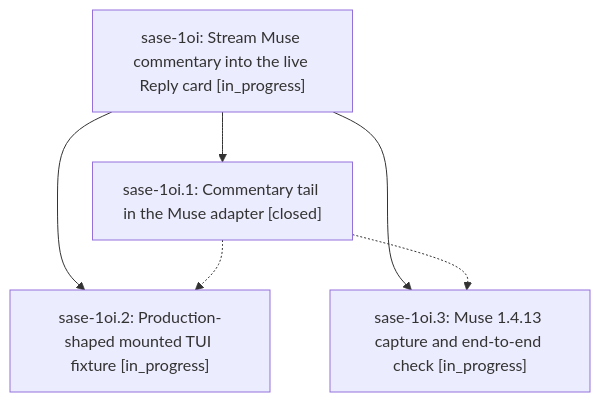
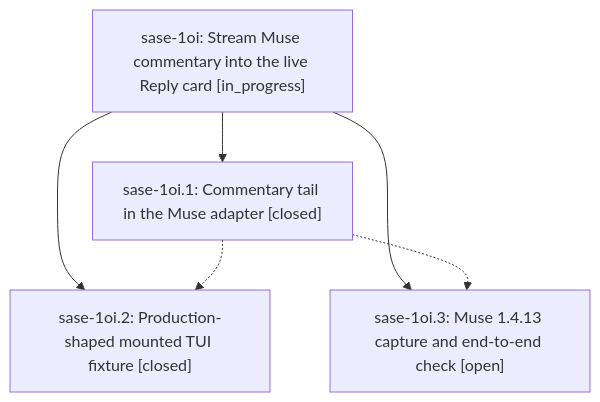
The diagram in pages/sase-1oi/README.md (sase-org/sase--beads), drawn with Mermaid before and after one commit. The commit also changed other lines of this file and 3 other files, not shown here.

````diff
--- a/pages/sase-1oi/README.md
+++ b/pages/sase-1oi/README.md
@@ -36,12 +38,12 @@
 ```mermaid
 flowchart TD
     n0["sase-1oi: Stream Muse commentary into the live Reply card [in_progress]"]
     n1["sase-1oi.1: Commentary tail in the Muse adapter [closed]"]
-    n2["sase-1oi.2: Production-shaped mounted TUI fixture [in_progress]"]
-    n3["sase-1oi.3: Muse 1.4.13 capture and end-to-end check [in_progress]"]
+    n2["sase-1oi.2: Production-shaped mounted TUI fixture [closed]"]
+    n3["sase-1oi.3: Muse 1.4.13 capture and end-to-end check [open]"]
     n0 --> n1
     n0 --> n2
     n0 --> n3
     n1 -.-> n2
     n1 -.-> n3
 ```
````
